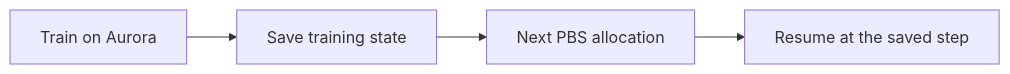
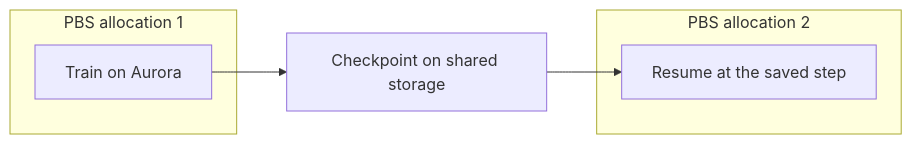
One commit to saforem2/samf.sh changed the first of 3 diagrams in web/src/pages/talks/2026/11/20/index.mdx. Above: the diagram before and after it, drawn with Mermaid. The commit also changed other lines of this file and 9 other files, not shown here.

````diff
--- a/web/src/pages/talks/2026/11/20/index.mdx
+++ b/web/src/pages/talks/2026/11/20/index.mdx
@@ -67,7 +68,12 @@
 ```mermaid
 %%{init: {'themeCSS': '.nodeLabel{font-size:25px!important} .edgeLabel{font-size:20px!important}'}}%%
 flowchart LR
-    A["Train on Aurora"] --> B["Save training state"]
-    B --> C["Next PBS allocation"]
-    C --> D["Resume at the saved step"]
+    subgraph A["PBS allocation 1"]
+        T["Train on Aurora"]
+    end
+    T --> S["Checkpoint on shared storage"]
+    S --> R
+    subgraph B["PBS allocation 2"]
+        R["Resume at the saved step"]
+    end
 ```
````
